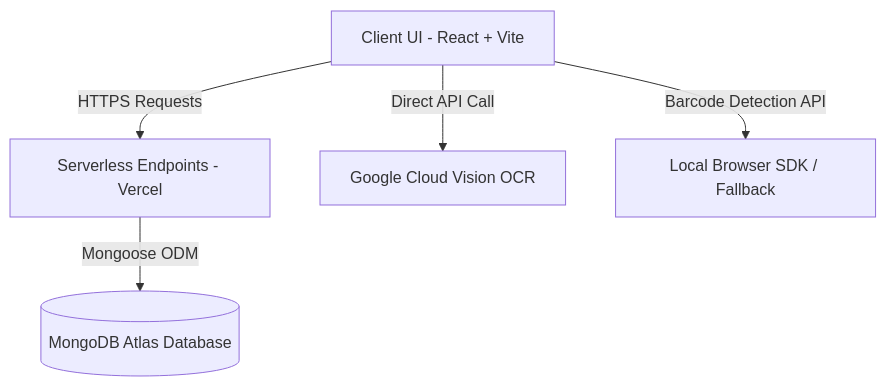
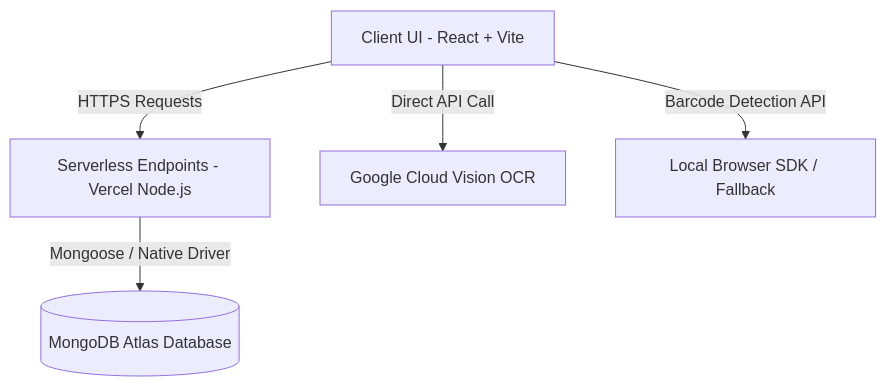
The diagram in docs/DEVELOPER_GUIDE.md (Srujan-AI-ML/Label-Lens), drawn with Mermaid before and after one commit. The commit also changed other lines of this file, not shown here.

Commit message:
Enrich Developer Guide with database pooling, JWT security, and date normalization pipeline specifics

````diff
--- a/docs/DEVELOPER_GUIDE.md
+++ b/docs/DEVELOPER_GUIDE.md
@@ -15,7 +15,7 @@
 ```mermaid
 graph TD
-    A[Client UI - React + Vite] -->|HTTPS Requests| B[Serverless Endpoints - Vercel]
-    B -->|Mongoose ODM| C[(MongoDB Atlas Database)]
+    A[Client UI - React + Vite] -->|HTTPS Requests| B[Serverless Endpoints - Vercel Node.js]
+    B -->|Mongoose / Native Driver| C[(MongoDB Atlas Database)]
     A -->|Direct API Call| D[Google Cloud Vision OCR]
     A -->|Barcode Detection API| E[Local Browser SDK / Fallback]
 ```
````
